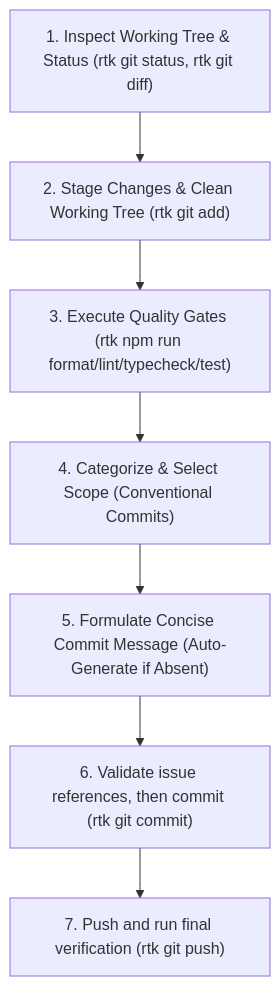
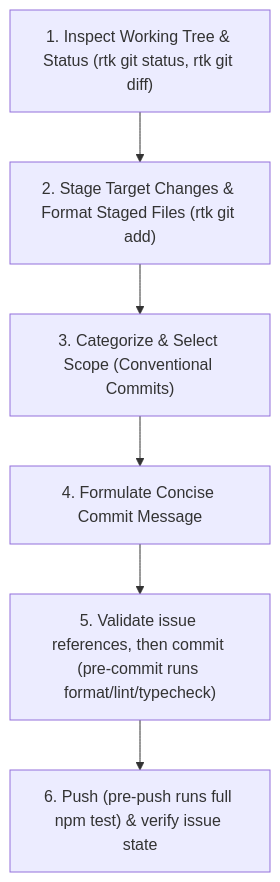
One commit to SteveRodrigue/MCD changed the diagram in .agents/skills/commit-and-push/SKILL.md. Above: the diagram before and after it, drawn with Mermaid. The commit also changed other lines of this file and 9 other files, not shown here.

Commit message:
docs(agents): enforce refactor-first policy and eliminate redundant test runs

````diff
--- a/.agents/skills/commit-and-push/SKILL.md
+++ b/.agents/skills/commit-and-push/SKILL.md
@@ -19,9 +19,8 @@
 ```mermaid
 flowchart TD
-    S1["1. Inspect Working Tree & Status (rtk git status, rtk git diff)"] --> S2["2. Stage Changes & Clean Working Tree (rtk git add)"]
-    S2 --> S3["3. Execute Quality Gates (rtk npm run format/lint/typecheck/test)"]
-    S3 --> S4["4. Categorize & Select Scope (Conventional Commits)"]
-    S4 --> S5["5. Formulate Concise Commit Message (Auto-Generate if Absent)"]
-      S5 --> S6["6. Validate issue references, then commit (rtk git commit)"]
-      S6 --> S7["7. Push and run final verification (rtk git push)"]
+    S1["1. Inspect Working Tree & Status (rtk git status, rtk git diff)"] --> S2["2. Stage Target Changes & Format Staged Files (rtk git add)"]
+    S2 --> S3["3. Categorize & Select Scope (Conventional Commits)"]
+    S3 --> S4["4. Formulate Concise Commit Message"]
+    S4 --> S5["5. Validate issue references, then commit (pre-commit runs format/lint/typecheck)"]
+    S5 --> S6["6. Push (pre-push runs full npm test) & verify issue state"]
 ```
````
